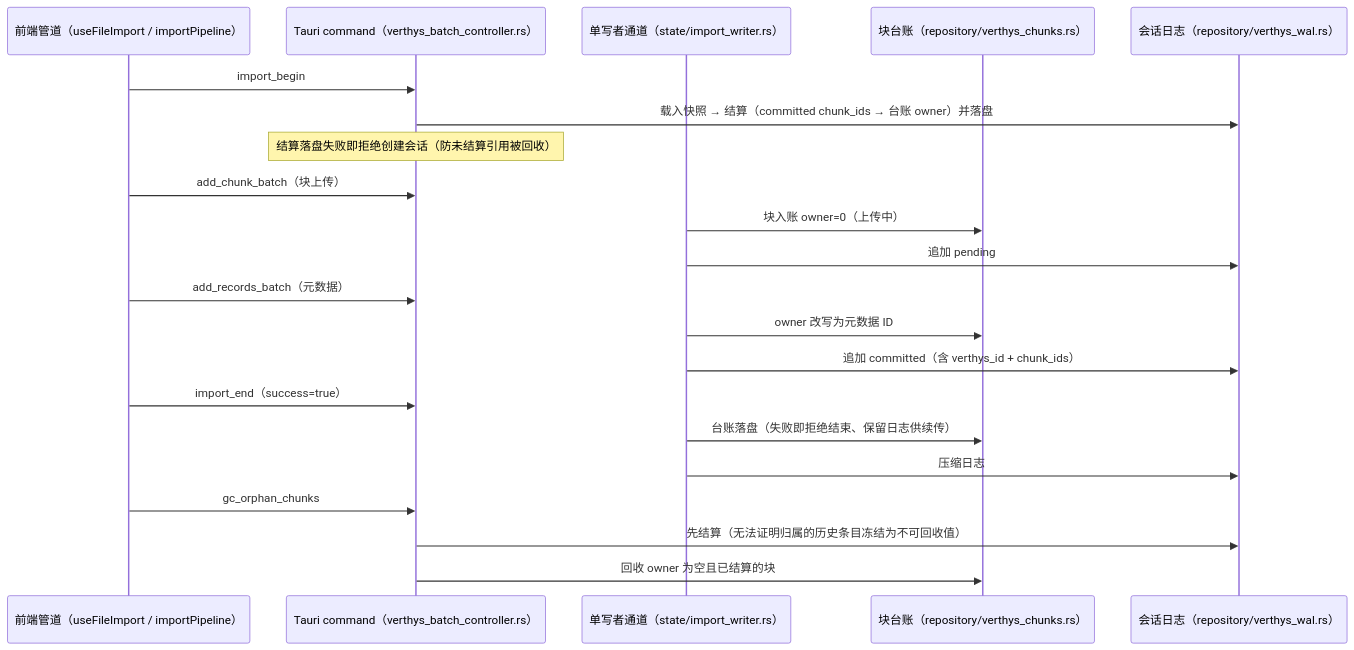
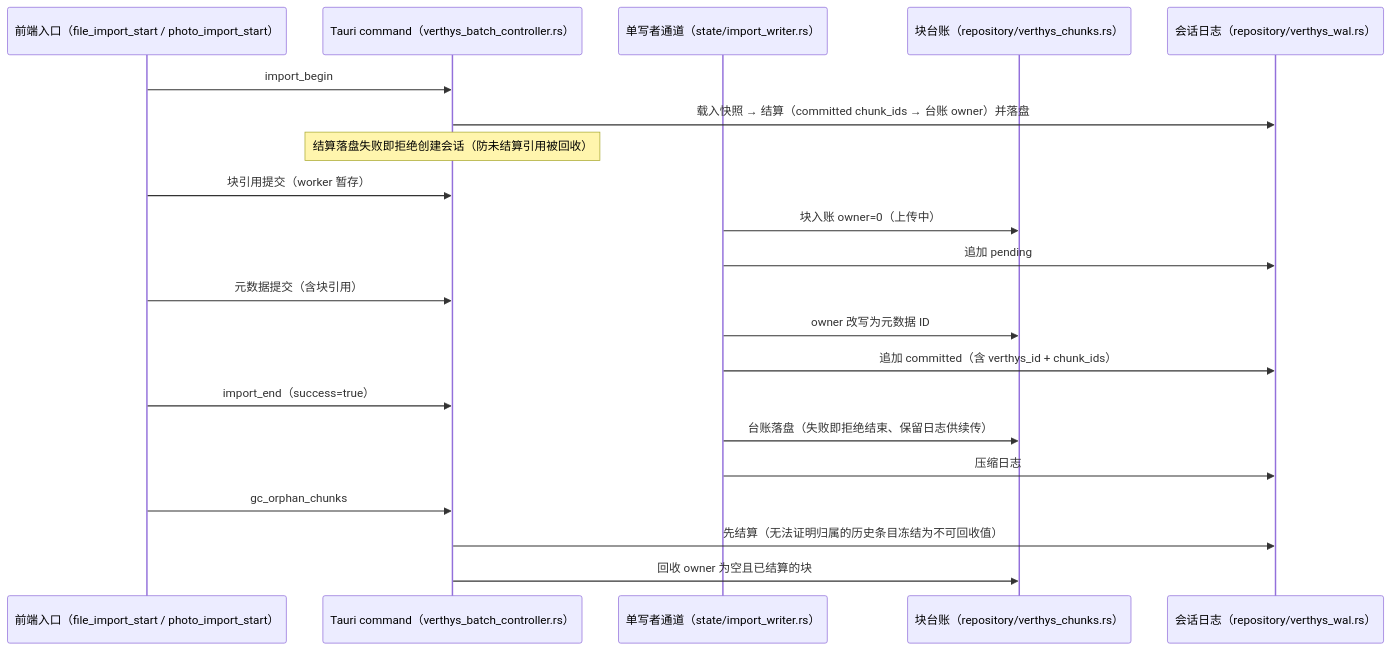
One commit to K1Super/Verthys changed the fifth of 9 diagrams in docs/DATA_FLOW.md. Above: the diagram before and after it, drawn with Mermaid. The commit also changed other lines of this file and 441 other files, not shown here.

````diff
--- a/docs/DATA_FLOW.md
+++ b/docs/DATA_FLOW.md
@@ -117,23 +119,23 @@
 ```mermaid
 sequenceDiagram
-    participant FE as 前端管道（useFileImport / importPipeline）
+    participant FE as 前端入口（file_import_start / photo_import_start）
     participant TC as Tauri command（verthys_batch_controller.rs）
     participant IW as 单写者通道（state/import_writer.rs）
     participant LG as 块台账（repository/verthys_chunks.rs）
     participant WL as 会话日志（repository/verthys_wal.rs）
     FE->>TC: import_begin
     TC->>WL: 载入快照 → 结算（committed chunk_ids → 台账 owner）并落盘
     Note over TC: 结算落盘失败即拒绝创建会话（防未结算引用被回收）
-    FE->>TC: add_chunk_batch（块上传）
+    FE->>TC: 块引用提交（worker 暂存）
     IW->>LG: 块入账 owner=0（上传中）
     IW->>WL: 追加 pending
-    FE->>TC: add_records_batch（元数据）
+    FE->>TC: 元数据提交（含块引用）
     IW->>LG: owner 改写为元数据 ID
     IW->>WL: 追加 committed（含 verthys_id + chunk_ids）
     FE->>TC: import_end（success=true）
     IW->>LG: 台账落盘（失败即拒绝结束、保留日志供续传）
     IW->>WL: 压缩日志
     FE->>TC: gc_orphan_chunks
     TC->>WL: 先结算（无法证明归属的历史条目冻结为不可回收值）
     TC->>LG: 回收 owner 为空且已结算的块
 ```
````
